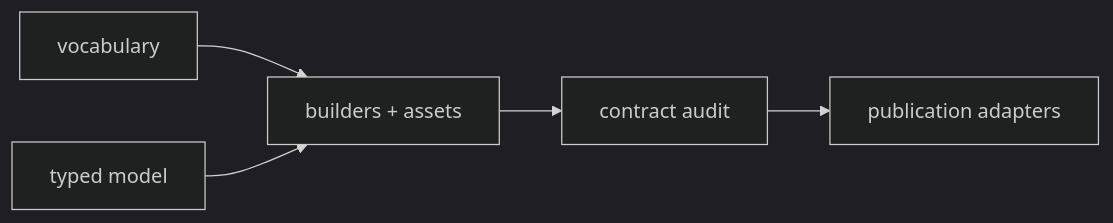
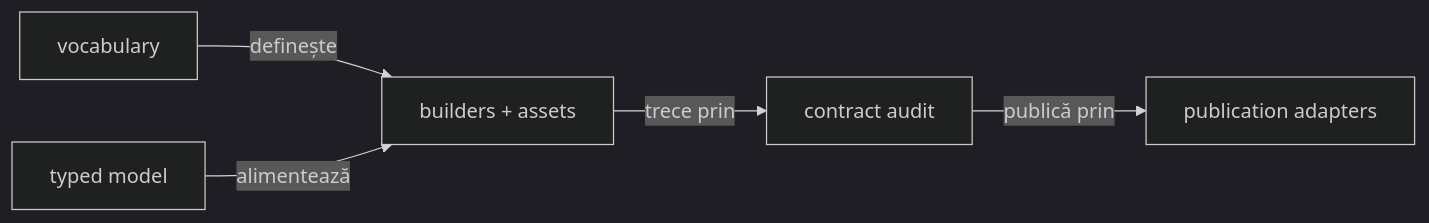
One commit to crististefanita/demo2 changed the second of 3 diagrams in atf-reporting/README.md. Above: the diagram before and after it, drawn with Mermaid (dark theme). The commit also changed other lines of this file and 102 other files, not shown here.

````diff
--- a/atf-reporting/README.md
+++ b/atf-reporting/README.md
@@ -81,12 +81,12 @@
 ```mermaid
 flowchart LR
     Vocabulary[vocabulary]
     Runtime[typed model]
     Serialize[builders + assets]
     Audit[contract audit]
     Publish[publication adapters]
-    Vocabulary --> Serialize
-    Runtime --> Serialize
-    Serialize --> Audit
-    Audit --> Publish
+    Vocabulary -->|definește| Serialize
+    Runtime -->|alimentează| Serialize
+    Serialize -->|trece prin| Audit
+    Audit -->|publică prin| Publish
 ```
````
